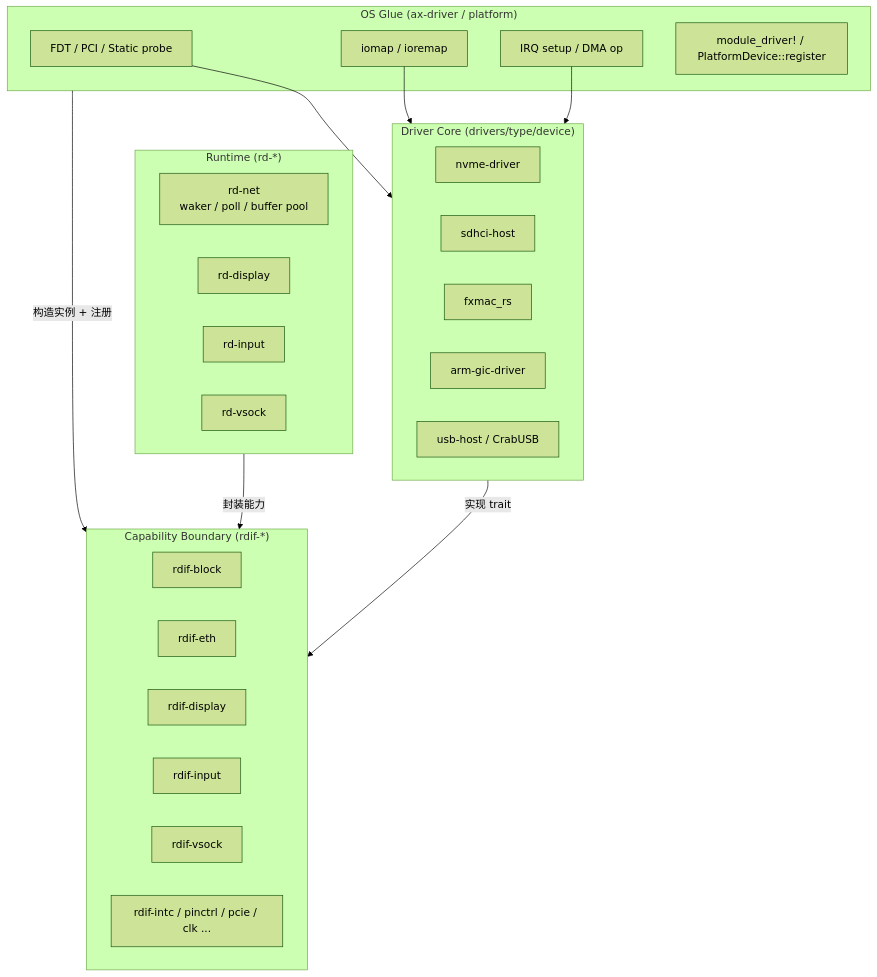
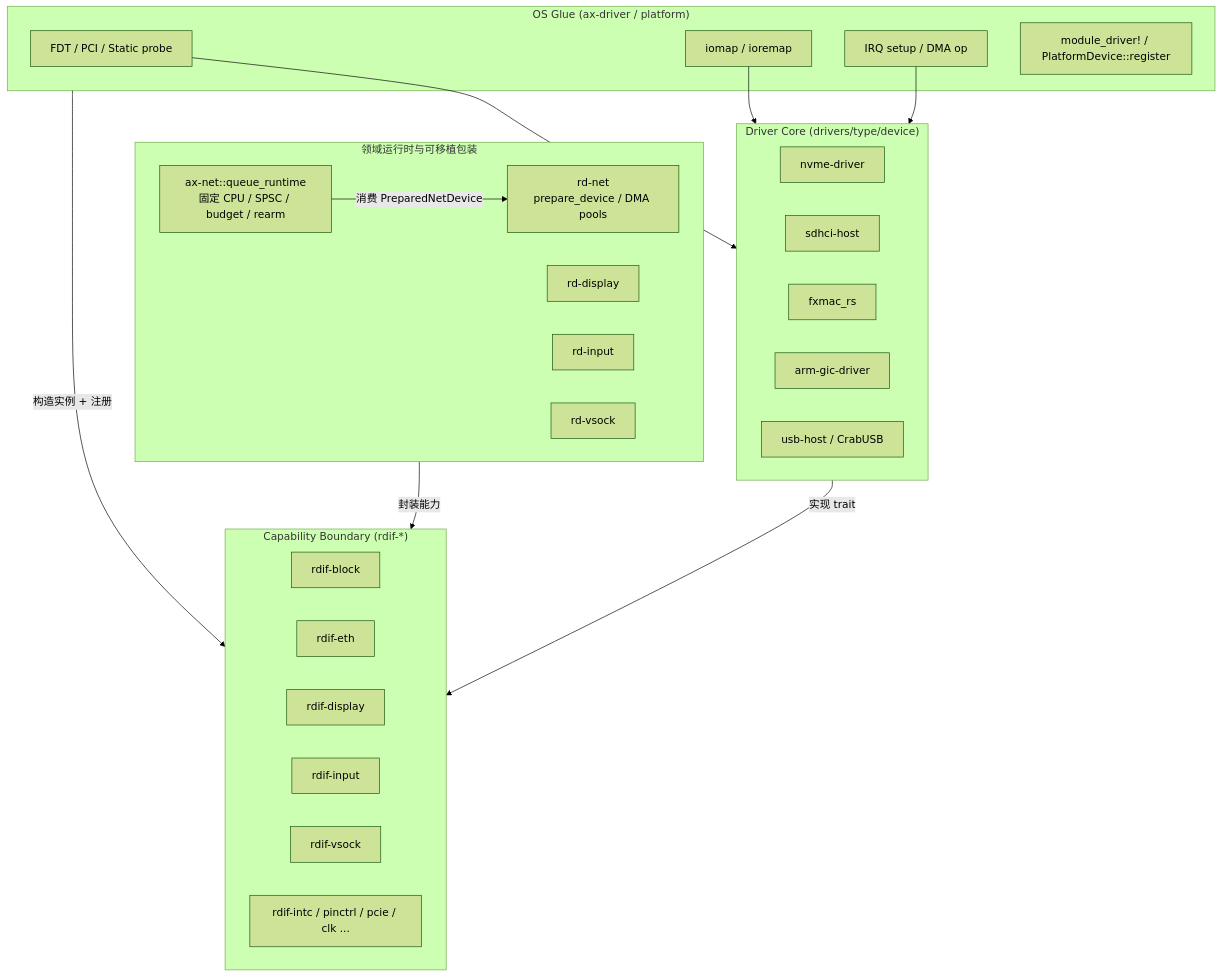
Before and after one commit to rcore-os/tgoskits: the diagram in docs/docs/architecture/driver/layering.md, drawn with Mermaid (forest theme). The commit also changed other lines of this file and 10 other files, not shown here.

First line of the commit message:
Refactor network driver architecture and update documentation

````diff
--- a/docs/docs/architecture/driver/layering.md
+++ b/docs/docs/architecture/driver/layering.md
@@ -19,40 +21,42 @@
 ```mermaid
 flowchart TB
-    subgraph Runtime["Runtime (rd-*)"]
-        RdNet["rd-net<br/>waker / poll / buffer pool"]
+    subgraph Runtime["领域运行时与可移植包装"]
+        RdNet["rd-net<br/>prepare_device / DMA pools"]
+        NetQueue["ax-net::queue_runtime<br/>固定 CPU / SPSC / budget / rearm"]
         RdDisplay["rd-display"]
         RdInput["rd-input"]
         RdVsock["rd-vsock"]
     end
 
     subgraph Glue["OS Glue (ax-driver / platform)"]
         Probe["FDT / PCI / Static probe"]
         Iomap["iomap / ioremap"]
         IrqSetup["IRQ setup / DMA op"]
         Reg["module_driver! / PlatformDevice::register"]
     end
 
     subgraph Capability["Capability Boundary (rdif-*)"]
         RdifBlock["rdif-block"]
         RdifEth["rdif-eth"]
         RdifDisplay["rdif-display"]
         RdifInput["rdif-input"]
         RdifVsock["rdif-vsock"]
         RdifPlatform["rdif-intc / pinctrl / pcie / clk ..."]
     end
 
     subgraph Core["Driver Core (drivers/type/device)"]
         Nvme["nvme-driver"]
         Sdhci["sdhci-host"]
         Fxmac["fxmac_rs"]
         Gic["arm-gic-driver"]
         Xhci["usb-host / CrabUSB"]
     end
 
     Core -->|"实现 trait"| Capability
     Glue -->|"构造实例 + 注册"| Capability
     Runtime -->|"封装能力"| Capability
+    NetQueue -->|"消费 PreparedNetDevice"| RdNet
     Probe --> Core
     Iomap --> Core
     IrqSetup --> Core
 ```
````
